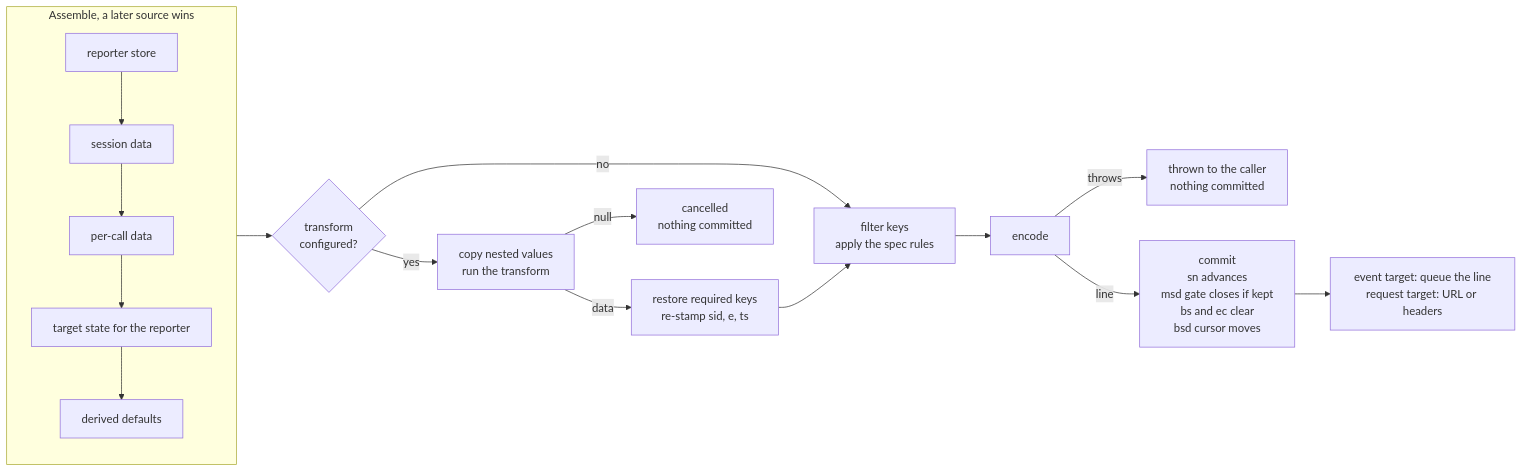
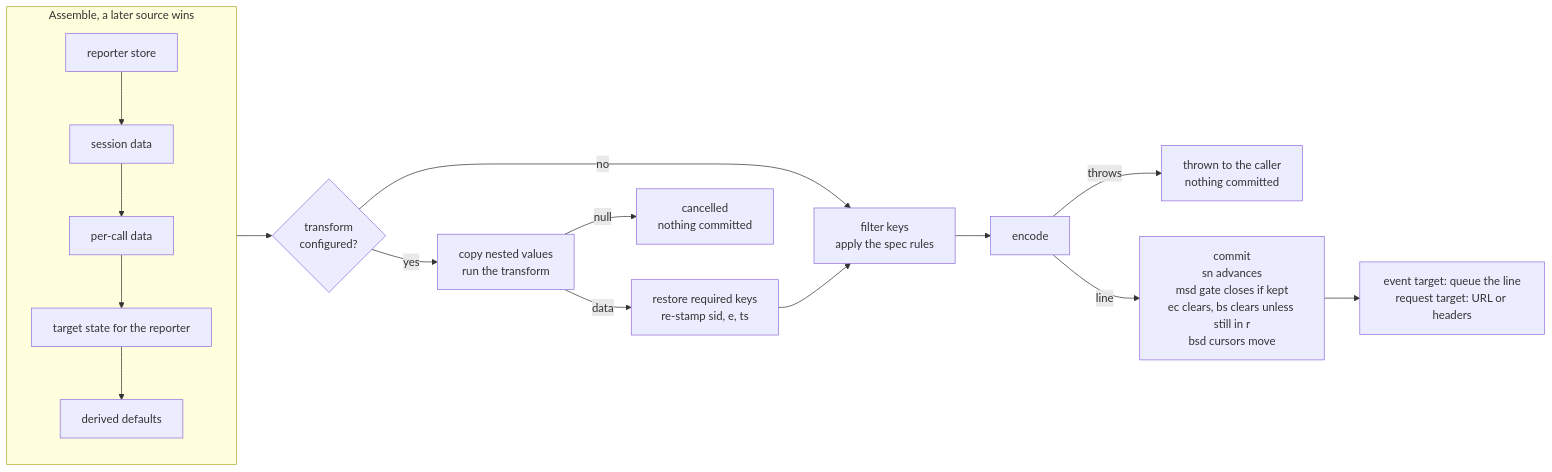
The fourth of 5 diagrams in rfc/cmcd-session-api.md (streaming-video-technology-alliance/common-media-library), drawn with Mermaid before and after one commit. The commit also changed other lines of this file and 1 other file, not shown here.

````diff
--- a/rfc/cmcd-session-api.md
+++ b/rfc/cmcd-session-api.md
@@ -459,16 +466,16 @@
 ```mermaid
 flowchart LR
     subgraph assemble["Assemble, a later source wins"]
         direction TB
         s1["reporter store"] --> s2["session data"] --> s3["per-call data"] --> s4["target state for the reporter"] --> s5["derived defaults"]
     end
     assemble --> tq{"transform<br>configured?"}
     tq -- no --> prep["filter keys<br>apply the spec rules"]
     tq -- yes --> tr["copy nested values<br>run the transform"]
     tr -- null --> cancel["cancelled<br>nothing committed"]
     tr -- data --> restore["restore required keys<br>re-stamp sid, e, ts"] --> prep
     prep --> enc["encode"]
     enc -- throws --> fail["thrown to the caller<br>nothing committed"]
-    enc -- line --> commit["commit<br>sn advances<br>msd gate closes if kept<br>bs and ec clear<br>bsd cursor moves"]
+    enc -- line --> commit["commit<br>sn advances<br>msd gate closes if kept<br>ec clears, bs clears unless still in r<br>bsd cursors move"]
     commit --> out["event target: queue the line<br>request target: URL or headers"]
 ```
````
